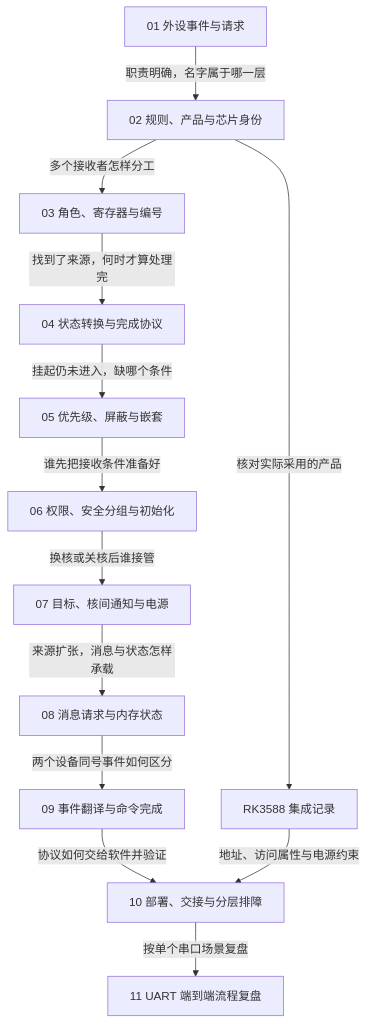
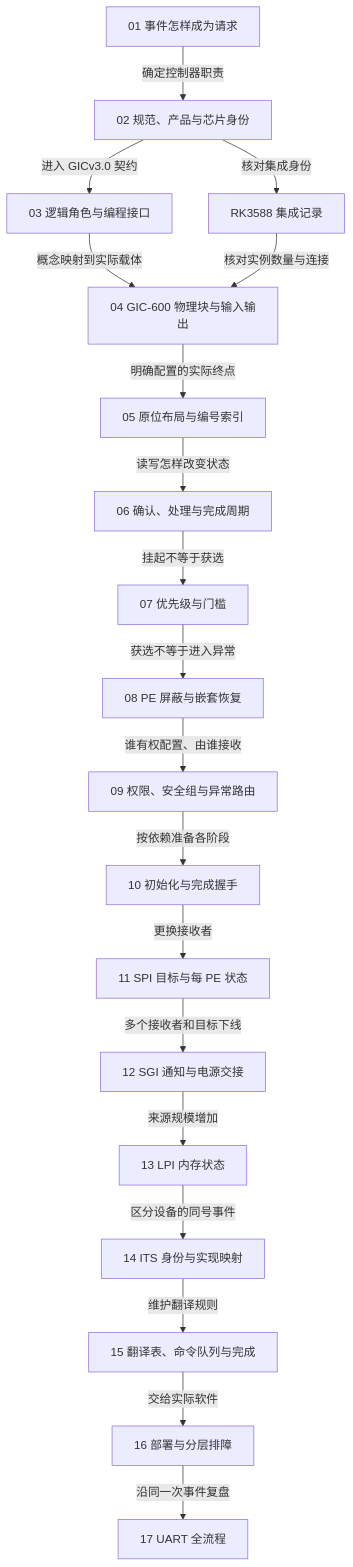
The diagram in platforms/arm/architecture/gic/大纲.md (FormingSystem/linux_note), drawn with Mermaid before and after one commit. The commit also changed other lines of this file and 124 other files, not shown here.

````diff
--- a/platforms/arm/architecture/gic/大纲.md
+++ b/platforms/arm/architecture/gic/大纲.md
@@ -27,15 +29,21 @@
 ```mermaid
 flowchart TD
-    p01["01 外设事件与请求"] -->|"职责明确，名字属于哪一层"| p02["02 规则、产品与芯片身份"]
-    p02 -->|"多个接收者怎样分工"| p03["03 角色、寄存器与编号"]
-    p03 -->|"找到了来源，何时才算处理完"| p04["04 状态转换与完成协议"]
-    p04 -->|"挂起仍未进入，缺哪个条件"| p05["05 优先级、屏蔽与嵌套"]
-    p05 -->|"谁先把接收条件准备好"| p06["06 权限、安全分组与初始化"]
-    p06 -->|"换核或关核后谁接管"| p07["07 目标、核间通知与电源"]
-    p07 -->|"来源扩张，消息与状态怎样承载"| p08["08 消息请求与内存状态"]
-    p08 -->|"两个设备同号事件如何区分"| p09["09 事件翻译与命令完成"]
-    p09 -->|"协议如何交给软件并验证"| p10["10 部署、交接与分层排障"]
-    p10 -->|"按单个串口场景复盘"| p11["11 UART 端到端流程复盘"]
-    p02 -->|"核对实际采用的产品"| rk["RK3588 集成记录"]
-    rk -->|"地址、访问属性与电源约束"| p10
+    p01["01 事件怎样成为请求"] -->|"确定控制器职责"| p02["02 规范、产品与芯片身份"]
+    p02 -->|"进入 GICv3.0 契约"| p03["03 逻辑角色与编程接口"]
+    p03 -->|"概念映射到实际载体"| p04["04 GIC-600 物理块与输入输出"]
+    p04 -->|"明确配置的实际终点"| p05["05 原位布局与编号索引"]
+    p05 -->|"读写怎样改变状态"| p06["06 确认、处理与完成周期"]
+    p06 -->|"挂起不等于获选"| p07["07 优先级与门槛"]
+    p07 -->|"获选不等于进入异常"| p08["08 PE 屏蔽与嵌套恢复"]
+    p08 -->|"谁有权配置、由谁接收"| p09["09 权限、安全组与异常路由"]
+    p09 -->|"按依赖准备各阶段"| p10["10 初始化与完成握手"]
+    p10 -->|"更换接收者"| p11["11 SPI 目标与每 PE 状态"]
+    p11 -->|"多个接收者和目标下线"| p12["12 SGI 通知与电源交接"]
+    p12 -->|"来源规模增加"| p13["13 LPI 内存状态"]
+    p13 -->|"区分设备的同号事件"| p14["14 ITS 身份与实现映射"]
+    p14 -->|"维护翻译规则"| p15["15 翻译表、命令队列与完成"]
+    p15 -->|"交给实际软件"| p16["16 部署与分层排障"]
+    p16 -->|"沿同一次事件复盘"| p17["17 UART 全流程"]
+    p02 -->|"核对集成身份"| rk["RK3588 集成记录"]
+    rk -->|"核对实例数量与连接"| p04
 ```
````
